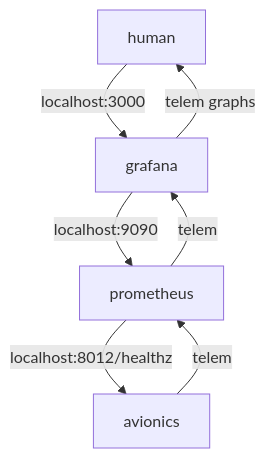
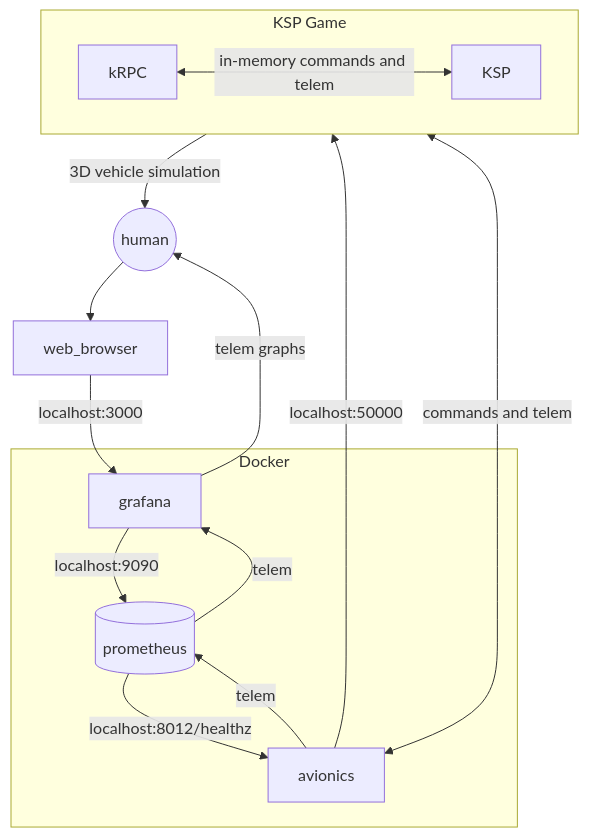
The diagram in README.md (i2ocketguy/ksp-krpc-rocket-avionics), drawn with Mermaid before and after one commit. The commit also changed other lines of this file, not shown here.

Commit message:
better system diagram

````diff
--- a/README.md
+++ b/README.md
@@ -29,10 +29,32 @@
 ```mermaid
 
-flowchart TD
+flowchart TB
+  
+  human((human))
+  prometheus[(prometheus)]
+  
+  subgraph Docker 
+      
+      grafana
+      prometheus
+      avionics
+  end
+  
+  subgraph KSP Game
+      direction LR
+      KSP
+      kRPC
+  end
     
-  human -- localhost:3000  --> grafana -- localhost:9090 --> prometheus -- localhost:8012/healthz --> avionics
+  human --> web_browser -- localhost:3000  --> grafana -- localhost:9090 --> prometheus -- localhost:8012/healthz --> avionics
+  avionics -- localhost:50000 --> kRPC <-- in-memory commands and telem--> KSP 
   
   grafana -- telem graphs --> human
   avionics -- telem --> prometheus
   prometheus -- telem --> grafana
+  
+  KSP -- 3D vehicle simulation --> human
+  
+  avionics <-- commands and telem --> kRPC
+  
 ```
````
